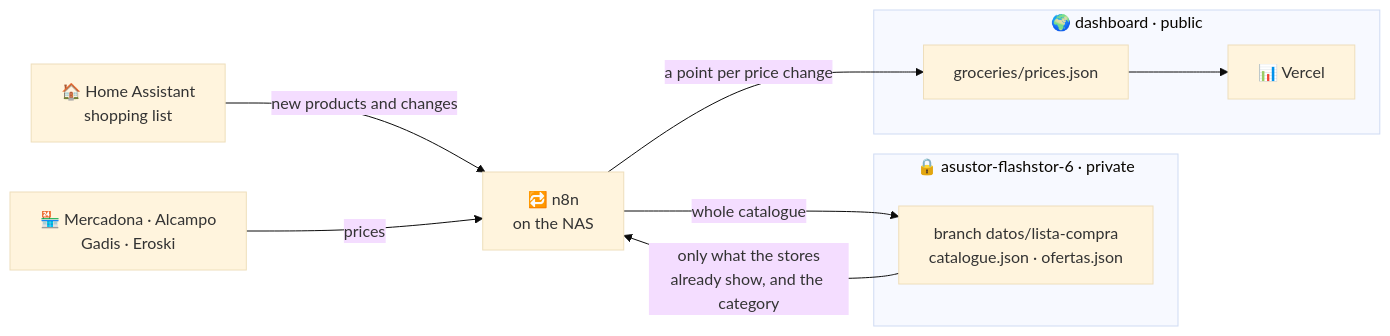
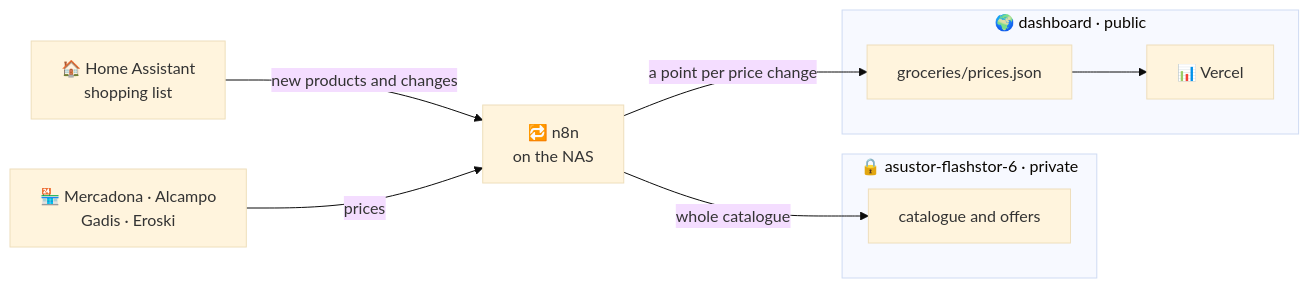
Before and after one commit to moilolon/dashboard: the diagram in README.md, drawn with Mermaid (base theme). The commit also changed other lines of this file and 1 other file, not shown here.

````diff
--- a/README.md
+++ b/README.md
@@ -46,22 +32,21 @@
 ```mermaid
 flowchart LR
     HA["🏠 Home Assistant<br/>shopping list"]
     N8N["🔁 n8n<br/>on the NAS"]
     STORES["🏪 Mercadona · Alcampo<br/>Gadis · Eroski"]
 
     subgraph PRIV["🔒 asustor-flashstor-6 · private"]
-        CAT["branch datos/lista-compra<br/>catalogue.json · ofertas.json"]
+        CAT["catalogue and offers"]
     end
 
     subgraph PUB["🌍 dashboard · public"]
         JSON["groceries/prices.json"]
         WEB["📊 Vercel"]
     end
 
     HA -- "new products and changes" --> N8N
     STORES -- "prices" --> N8N
     N8N -- "whole catalogue" --> CAT
-    CAT -- "only what the stores<br/>already show, and the category" --> N8N
     N8N -- "a point per price change" --> JSON
     JSON --> WEB
 ```
````
